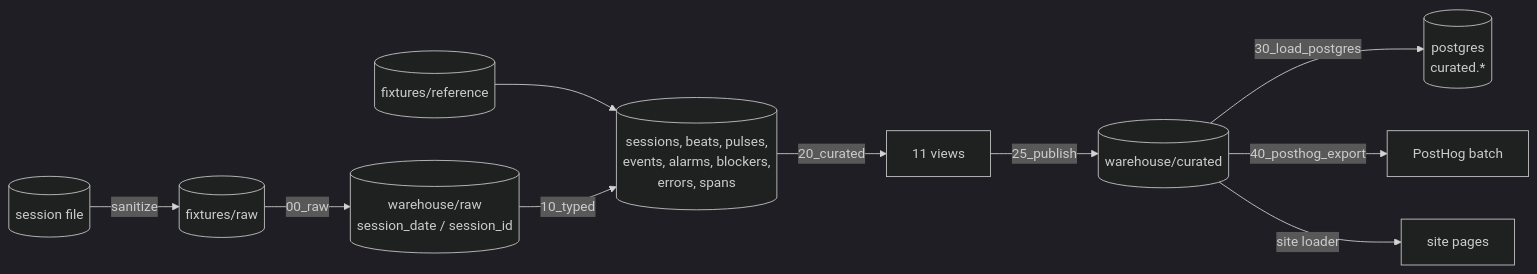
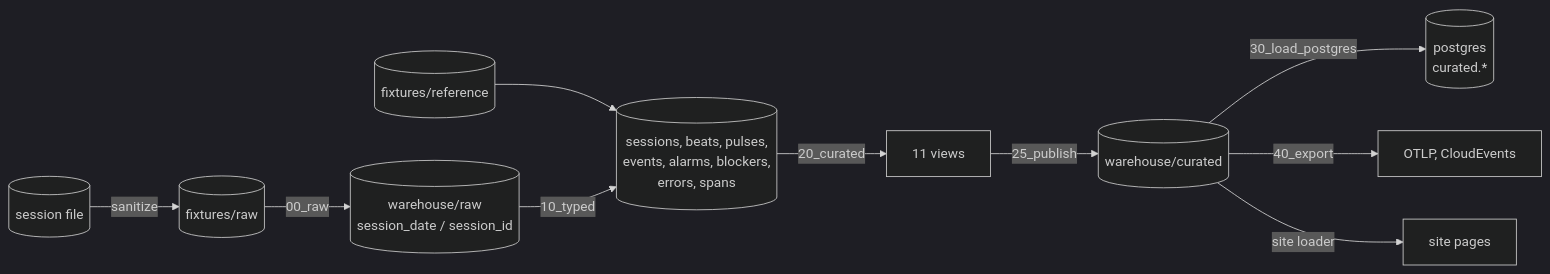
Before and after one commit to MrBisonte/flightdeck: the fourth of 4 diagrams in docs/architecture.md, drawn with Mermaid (dark theme). The commit also changed other lines of this file and 4 other files, not shown here.

````diff
--- a/docs/architecture.md
+++ b/docs/architecture.md
@@ -271,12 +271,12 @@
 ```mermaid
 flowchart LR
   jsonl[("session file")] -->|sanitize| fix[("fixtures/raw")]
   fix -->|00_raw| rawp[("warehouse/raw<br/>session_date / session_id")]
   ref[("fixtures/reference")] --> typed
   rawp -->|10_typed| typed[("sessions, beats, pulses,<br/>events, alarms, blockers,<br/>errors, spans")]
   typed -->|20_curated| cur["11 views"]
   cur -->|25_publish| cparq[("warehouse/curated")]
   cparq -->|30_load_postgres| pg[("postgres<br/>curated.*")]
-  cparq -->|40_posthog_export| ph["PostHog batch"]
+  cparq -->|40_export| ph["OTLP, CloudEvents"]
   cparq -->|site loader| web["site pages"]
 ```
````
